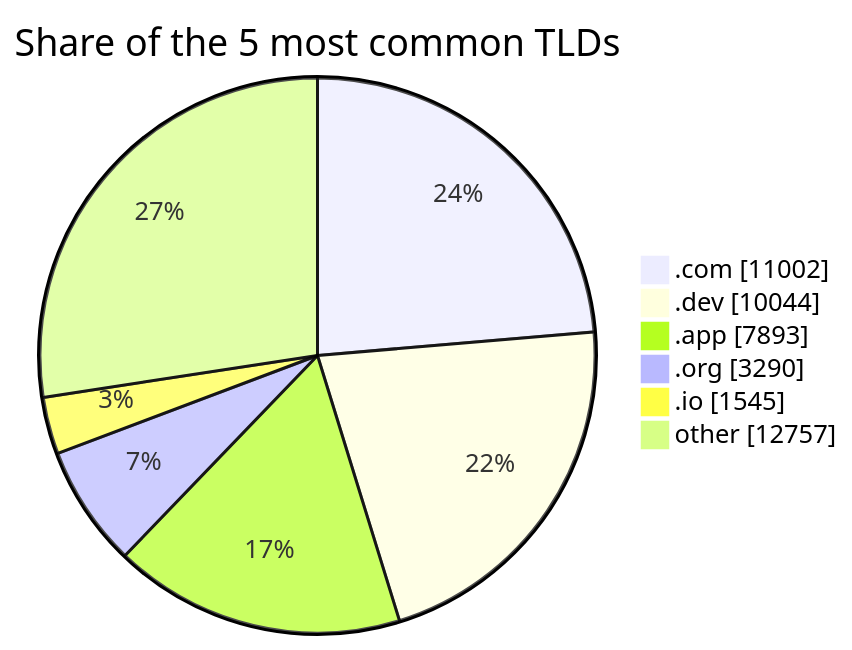
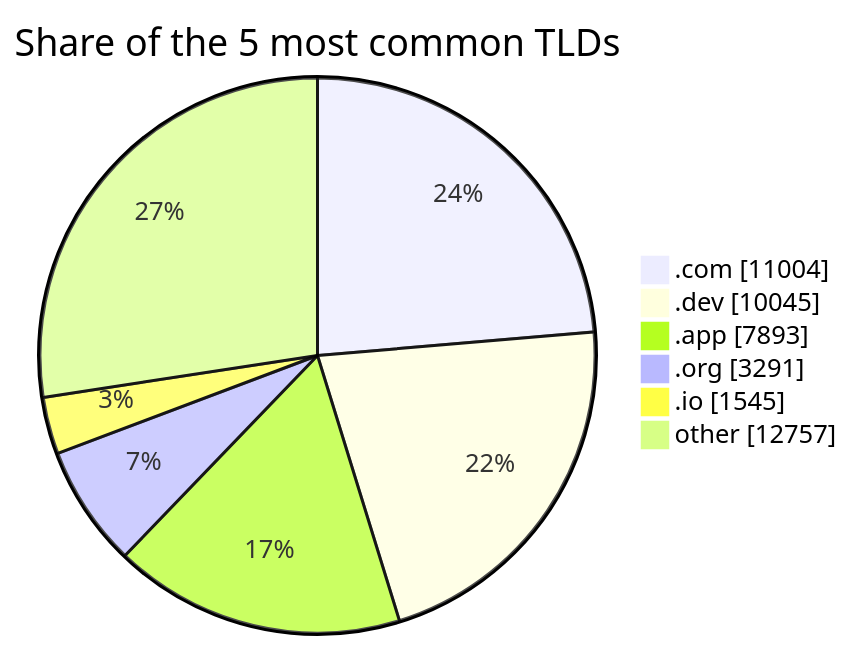
One commit to DNSBunker/CTI changed the third of 3 diagrams in README.md. Above: the diagram before and after it, drawn with Mermaid. The commit also changed other lines of this file and 3 other files, not shown here.

````diff
--- a/README.md
+++ b/README.md
@@ -81,9 +81,9 @@
 ```mermaid
 pie showData title Share of the 5 most common TLDs
-    ".com" : 11002
-    ".dev" : 10044
+    ".com" : 11004
+    ".dev" : 10045
     ".app" : 7893
-    ".org" : 3290
+    ".org" : 3291
     ".io" : 1545
     "other" : 12757
 ```
````
